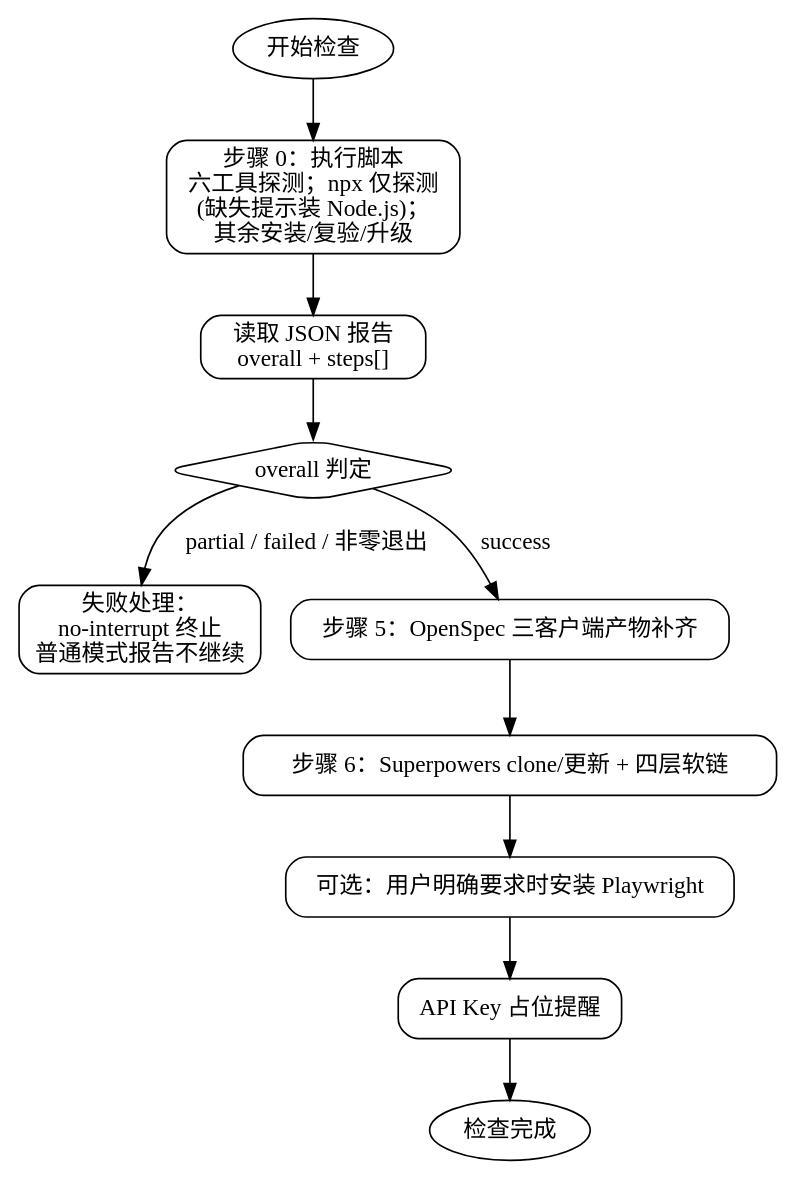
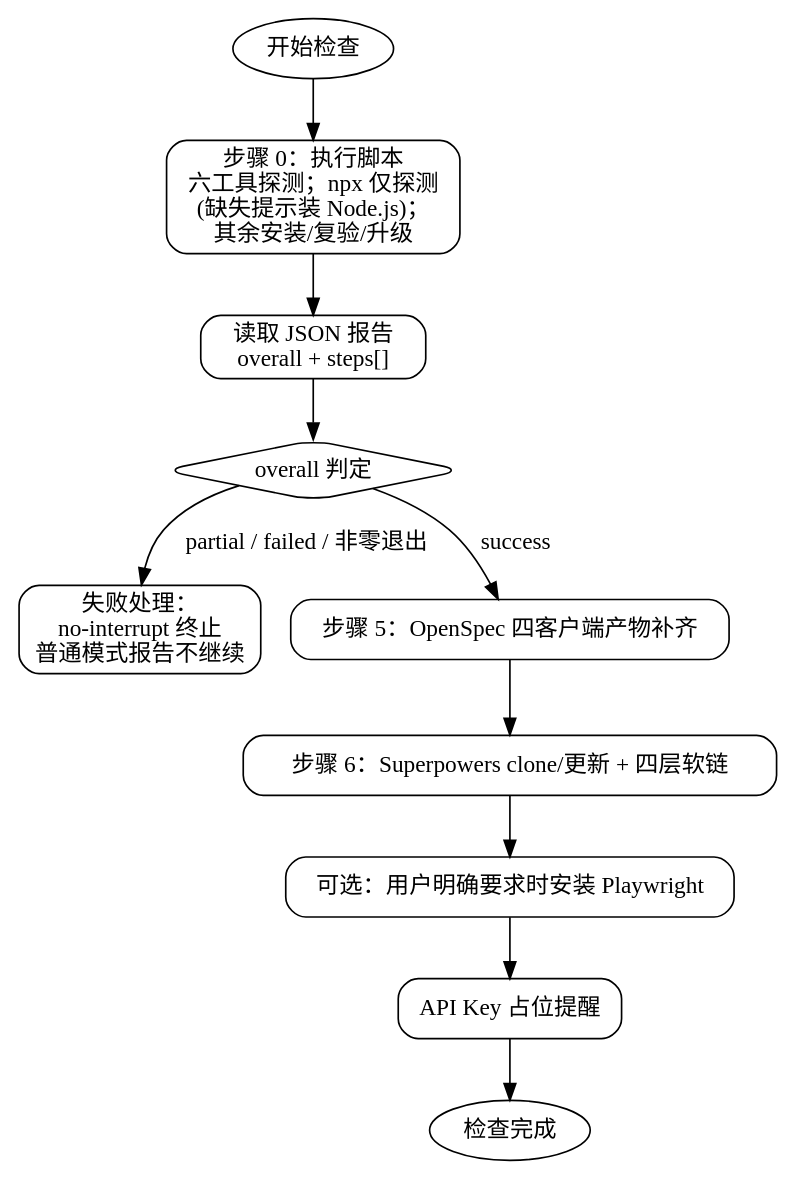
One commit to michaelChe956/Cadence-skills changed the second of 2 diagrams in cadence-init/skills/pre-check/SKILL.md. Above: the diagram before and after it, drawn with Graphviz. The commit also changed other lines of this file and 13 other files, not shown here.

First line of the commit message:
feat: 支持 Kimi Code 第四客户端 + codex 判定适配最新 OpenSpec (#84)

````diff
--- a/cadence-init/skills/pre-check/SKILL.md
+++ b/cadence-init/skills/pre-check/SKILL.md
@@ -133,27 +134,27 @@
 ```dot
 digraph check_flow {
     rankdir=TB;
     node [shape=box, style="rounded"];
 
     start [label="开始检查", shape=ellipse];
     run_script [label="步骤 0：执行脚本\n六工具探测；npx 仅探测\n(缺失提示装 Node.js)；\n其余安装/复验/升级"];
     read_report [label="读取 JSON 报告\noverall + steps[]"];
     judge [label="overall 判定", shape=diamond];
     fail_stop [label="失败处理：\nno-interrupt 终止\n普通模式报告不继续"];
-    openspec_clients [label="步骤 5：OpenSpec 三客户端产物补齐"];
+    openspec_clients [label="步骤 5：OpenSpec 四客户端产物补齐"];
     superpowers_sync [label="步骤 6：Superpowers clone/更新 + 四层软链"];
     playwright [label="可选：用户明确要求时安装 Playwright", shape=box];
     apikey [label="API Key 占位提醒"];
     end [label="检查完成", shape=ellipse];
 
     start -> run_script;
     run_script -> read_report;
     read_report -> judge;
     judge -> fail_stop [label="partial / failed / 非零退出"];
     judge -> openspec_clients [label="success"];
     openspec_clients -> superpowers_sync;
     superpowers_sync -> playwright;
     playwright -> apikey;
     apikey -> end;
 }
 ```
````
